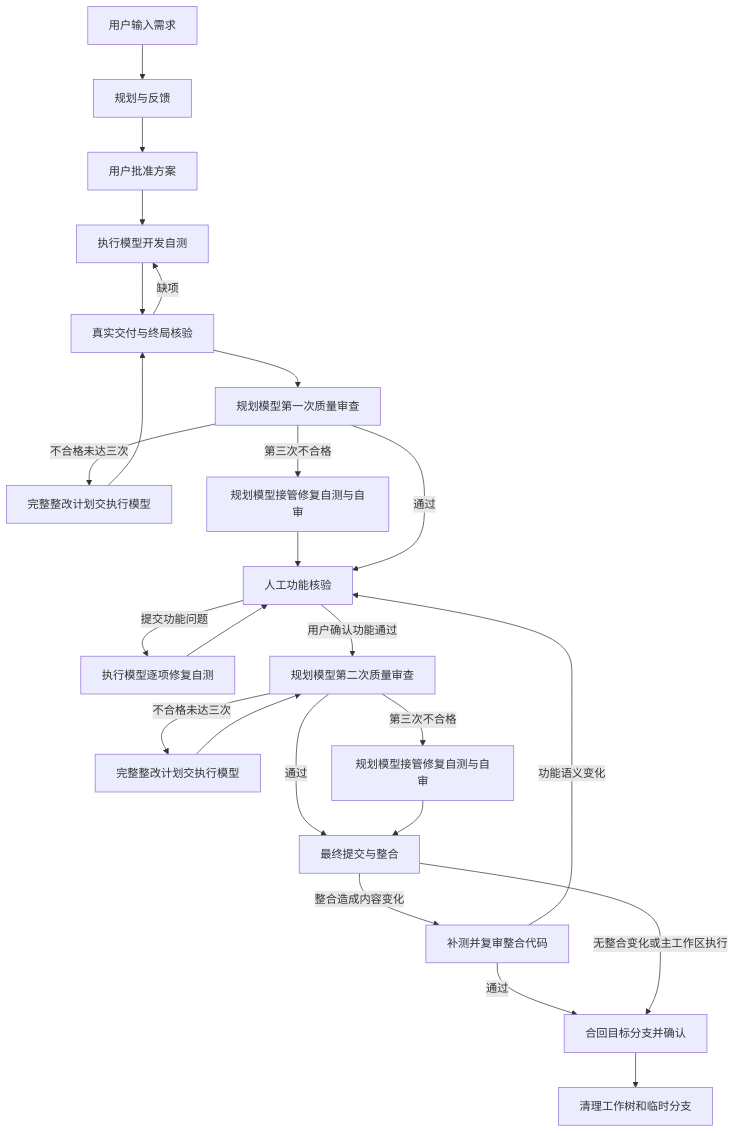
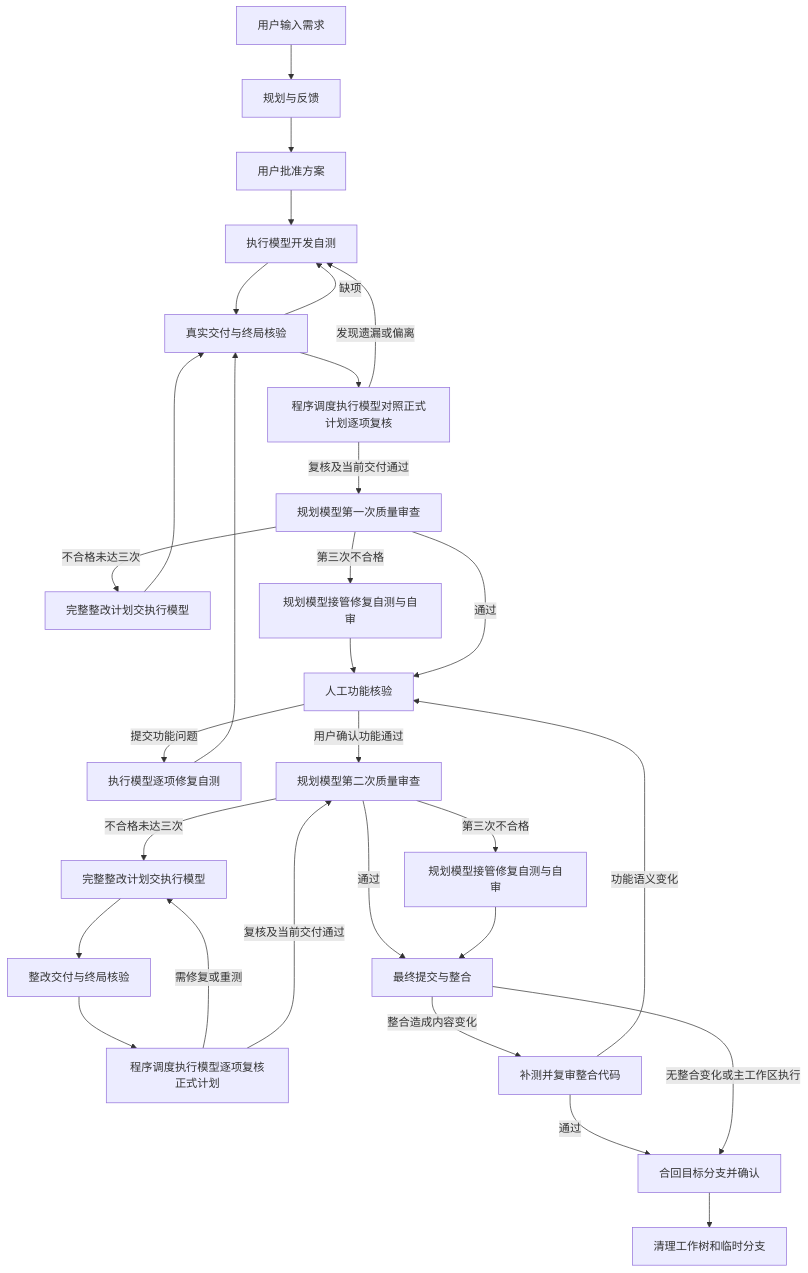
Before and after one commit to zephyrw/dev-flow: the second of 3 diagrams in docs/plan/DevFlow跨平台通用工作流平台实施方案.md, drawn with Mermaid. The commit also changed other lines of this file and 245 other files, not shown here.

````diff
--- a/docs/plan/DevFlow跨平台通用工作流平台实施方案.md
+++ b/docs/plan/DevFlow跨平台通用工作流平台实施方案.md
@@ -183,27 +192,32 @@
 ```mermaid
 flowchart TD
   A[用户输入需求] --> B[规划与反馈]
   B --> C[用户批准方案]
   C --> D[执行模型开发自测]
   D --> V[真实交付与终局核验]
   V -->|缺项| D
-  V --> Q1[规划模型第一次质量审查]
+  V --> SC1[程序调度执行模型对照正式计划逐项复核]
+  SC1 -->|发现遗漏或偏离| D
+  SC1 -->|复核及当前交付通过| Q1[规划模型第一次质量审查]
   Q1 -->|不合格未达三次| R1[完整整改计划交执行模型]
   R1 --> V
   Q1 -->|第三次不合格| P1[规划模型接管修复自测与自审]
   P1 --> H[人工功能核验]
   Q1 -->|通过| H
   H -->|提交功能问题| F[执行模型逐项修复自测]
-  F --> H
+  F --> V
   H -->|用户确认功能通过| Q2[规划模型第二次质量审查]
   Q2 -->|不合格未达三次| R2[完整整改计划交执行模型]
-  R2 --> Q2
+  R2 --> V2[整改交付与终局核验]
+  V2 --> SC2[程序调度执行模型逐项复核正式计划]
+  SC2 -->|需修复或重测| R2
+  SC2 -->|复核及当前交付通过| Q2
   Q2 -->|第三次不合格| P2[规划模型接管修复自测与自审]
   Q2 -->|通过| G[最终提交与整合]
   P2 --> G
   G -->|整合造成内容变化| IQ[补测并复审整合代码]
   IQ -->|功能语义变化| H
   IQ -->|通过| M[合回目标分支并确认]
   G -->|无整合变化或主工作区执行| M
   M --> Z[清理工作树和临时分支]
 ```
````
